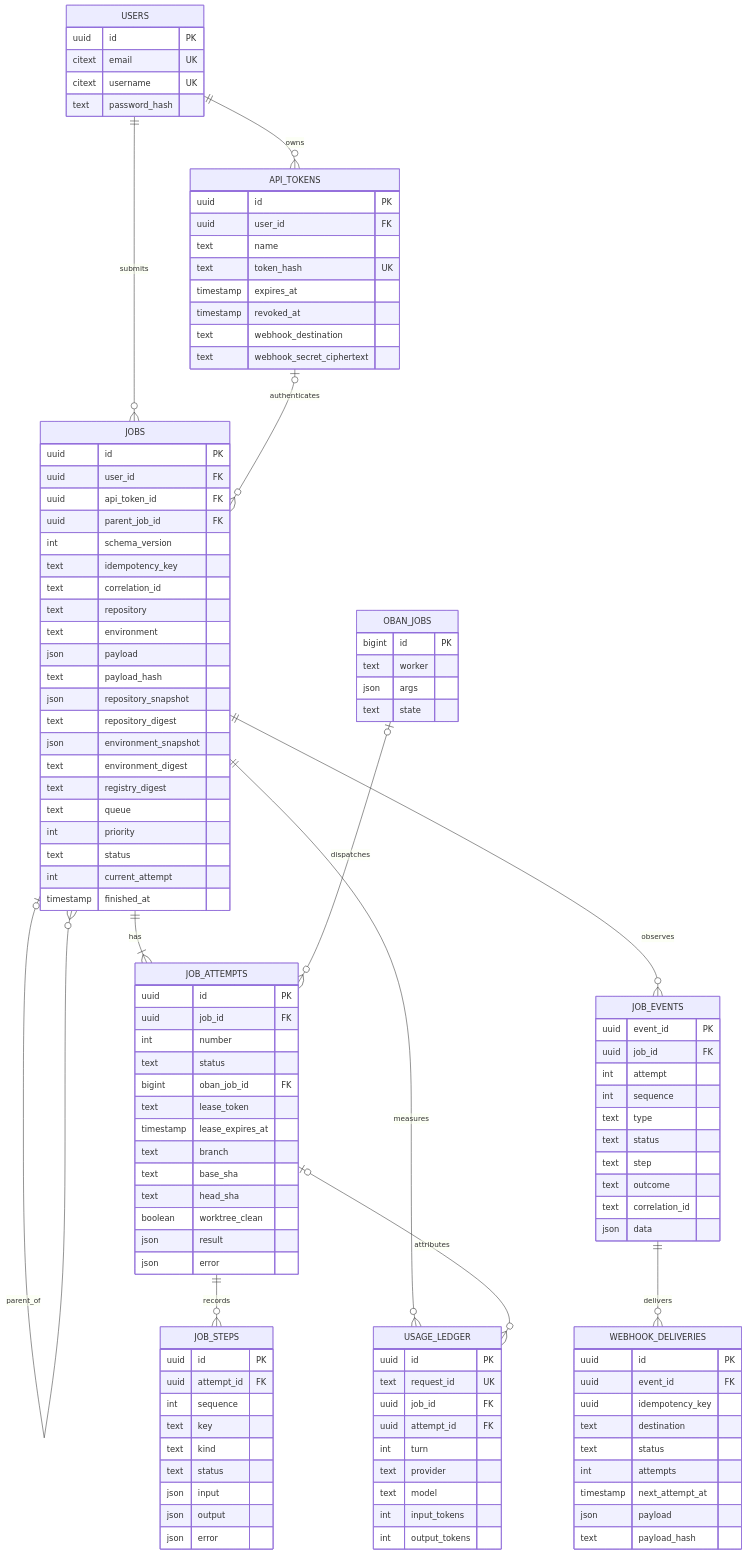
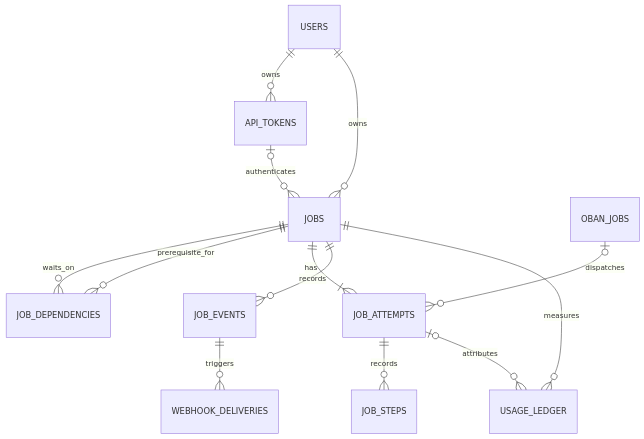
The diagram in docs/internal/data-model.md (This-Is-NPC/omashiki), drawn with Mermaid before and after one commit. The commit also changed other lines of this file and 55 other files, not shown here.

````diff
--- a/docs/internal/data-model.md
+++ b/docs/internal/data-model.md
@@ -69,120 +53,15 @@
 ```mermaid
 erDiagram
     USERS ||--o{ API_TOKENS : owns
-    USERS ||--o{ JOBS : submits
+    USERS ||--o{ JOBS : owns
     API_TOKENS o|--o{ JOBS : authenticates
-    JOBS o|--o{ JOBS : parent_of
+    JOBS ||--o{ JOB_DEPENDENCIES : waits_on
+    JOBS ||--o{ JOB_DEPENDENCIES : prerequisite_for
     JOBS ||--|{ JOB_ATTEMPTS : has
     JOB_ATTEMPTS ||--o{ JOB_STEPS : records
-    JOBS ||--o{ JOB_EVENTS : observes
-    JOB_EVENTS ||--o{ WEBHOOK_DELIVERIES : delivers
+    JOBS ||--o{ JOB_EVENTS : records
+    JOB_EVENTS ||--o{ WEBHOOK_DELIVERIES : triggers
     JOBS ||--o{ USAGE_LEDGER : measures
     JOB_ATTEMPTS o|--o{ USAGE_LEDGER : attributes
     OBAN_JOBS o|--o{ JOB_ATTEMPTS : dispatches
-
-    USERS {
-        uuid id PK
-        citext email UK
-        citext username UK
-        text password_hash
-    }
-    API_TOKENS {
-        uuid id PK
-        uuid user_id FK
-        text name
-        text token_hash UK
-        timestamp expires_at
-        timestamp revoked_at
-        text webhook_destination
-        text webhook_secret_ciphertext
-    }
-    JOBS {
-        uuid id PK
-        uuid user_id FK
-        uuid api_token_id FK
-        uuid parent_job_id FK
-        int schema_version
-        text idempotency_key
-        text correlation_id
-        text repository
-        text environment
-        json payload
-        text payload_hash
-        json repository_snapshot
-        text repository_digest
-        json environment_snapshot
-        text environment_digest
-        text registry_digest
-        text queue
-        int priority
-        text status
-        int current_attempt
-        timestamp finished_at
-    }
-    JOB_ATTEMPTS {
-        uuid id PK
-        uuid job_id FK
-        int number
-        text status
-        bigint oban_job_id FK
-        text lease_token
-        timestamp lease_expires_at
-        text branch
-        text base_sha
-        text head_sha
-        boolean worktree_clean
-        json result
-        json error
-    }
-    JOB_STEPS {
-        uuid id PK
-        uuid attempt_id FK
-        int sequence
-        text key
-        text kind
-        text status
-        json input
-        json output
-        json error
-    }
-    JOB_EVENTS {
-        uuid event_id PK
-        uuid job_id FK
-        int attempt
-        int sequence
-        text type
-        text status
-        text step
-        text outcome
-        text correlation_id
-        json data
-    }
-    WEBHOOK_DELIVERIES {
-        uuid id PK
-        uuid event_id FK
-        uuid idempotency_key
-        text destination
-        text status
-        int attempts
-        timestamp next_attempt_at
-        json payload
-        text payload_hash
-    }
-    USAGE_LEDGER {
-        uuid id PK
-        text request_id UK
-        uuid job_id FK
-        uuid attempt_id FK
-        int turn
-        text provider
-        text model
-        int input_tokens
-        int output_tokens
-    }
-    OBAN_JOBS {
-        bigint id PK
-        text worker
-        json args
-        text state
-    }
 ```
````
